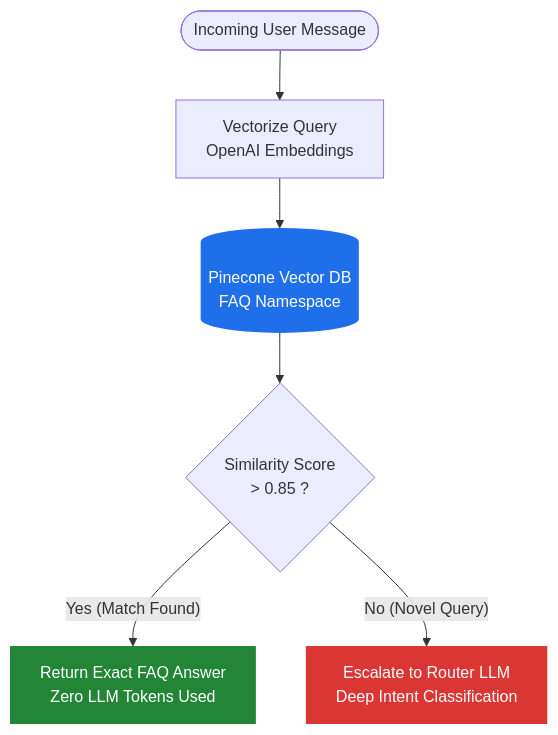
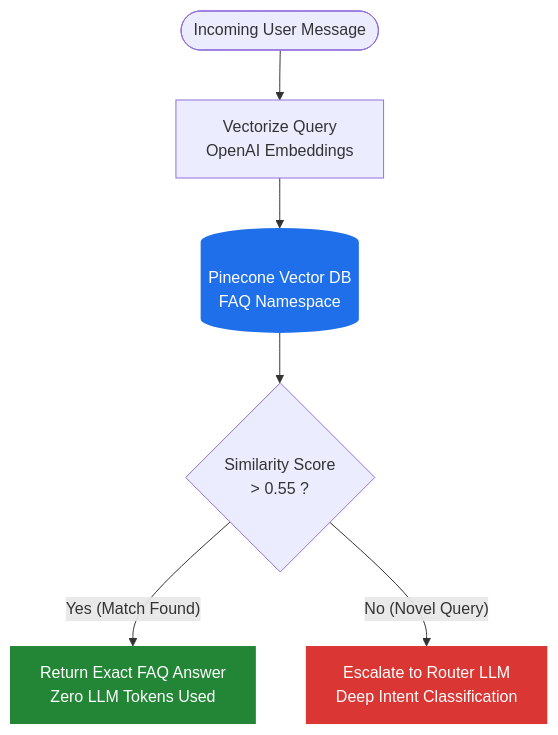
One commit to FelipeBebas/clinical-support-chatbot changed the first of 2 diagrams in README.md. Above: the diagram before and after it, drawn with Mermaid.

````diff
--- a/README.md
+++ b/README.md
@@ -76,15 +76,15 @@
 ```mermaid
 flowchart TD
     %% GitHub native colors for styling
     classDef dataBase fill:#1f6feb,color:#fff,stroke-width:0px
     classDef success fill:#238636,color:#fff,stroke-width:0px
     classDef escalate fill:#da3633,color:#fff,stroke-width:0px
 
     A([Incoming User Message]) --> B[Vectorize Query<br/>OpenAI Embeddings]
     B --> C[(Pinecone Vector DB<br/>FAQ Namespace)]:::dataBase
     
-    C --> D{Similarity Score<br/>> 0.85 ?}
+    C --> D{Similarity Score<br/>> 0.55 ?}
     
     D -- "Yes (Match Found)" --> E[Return Exact FAQ Answer<br/>Zero LLM Tokens Used]:::success
     D -- "No (Novel Query)" --> F[Escalate to Router LLM<br/>Deep Intent Classification]:::escalate
 ```
````
